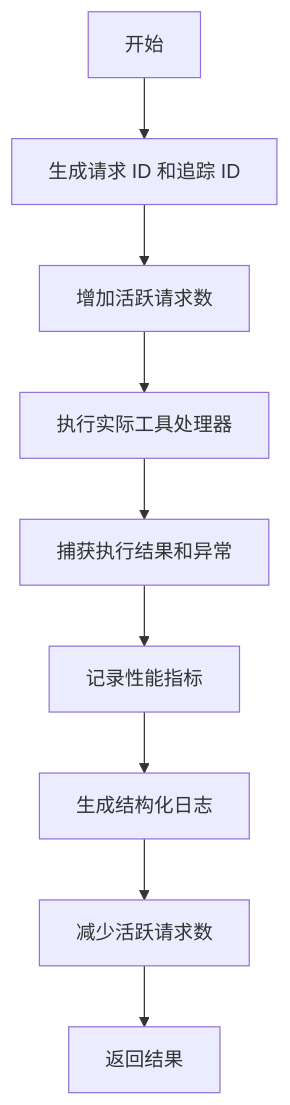
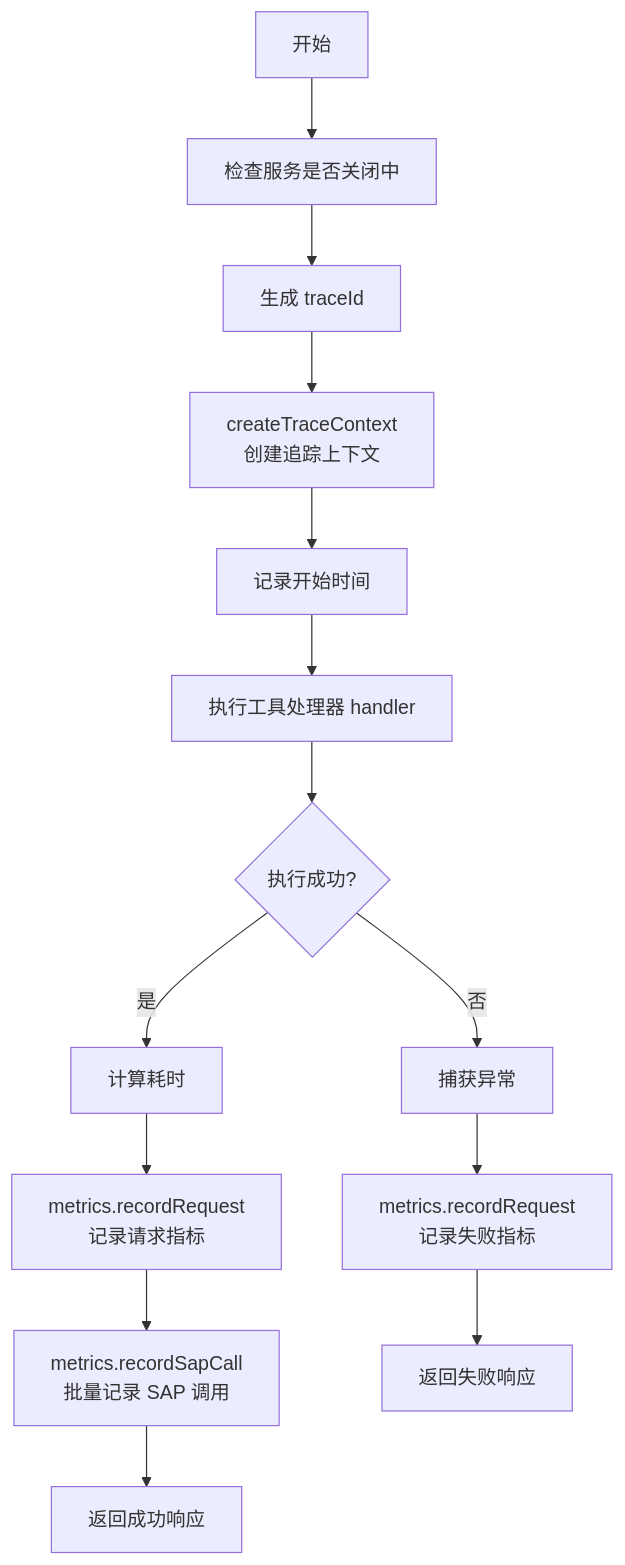
The eighth of 10 diagrams in MCP Server/docs/business-logic.md (Frank-zhao-junjun/ES-MCP-Server), drawn with Mermaid before and after one commit. The commit also changed other lines of this file and 22 other files, not shown here.

````diff
--- a/MCP Server/docs/business-logic.md
+++ b/MCP Server/docs/business-logic.md
@@ -189,11 +205,16 @@
 ```mermaid
 flowchart TD
-    A[开始] --> B[生成请求 ID 和追踪 ID]
-    B --> C[增加活跃请求数]
-    C --> D[执行实际工具处理器]
-    D --> E[捕获执行结果和异常]
-    E --> F[记录性能指标]
-    F --> G[生成结构化日志]
-    G --> H[减少活跃请求数]
-    H --> I[返回结果]
+    A[开始] --> B[检查服务是否关闭中]
+    B --> C[生成 traceId]
+    C --> D[createTraceContext<br/>创建追踪上下文]
+    D --> E[记录开始时间]
+    E --> F[执行工具处理器 handler]
+    F --> G{执行成功?}
+    G -->|是| H[计算耗时]
+    H --> I[metrics.recordRequest<br/>记录请求指标]
+    I --> J[metrics.recordSapCall<br/>批量记录 SAP 调用]
+    J --> K[返回成功响应]
+    G -->|否| L[捕获异常]
+    L --> M[metrics.recordRequest<br/>记录失败指标]
+    M --> N[返回失败响应]
 ```
````
